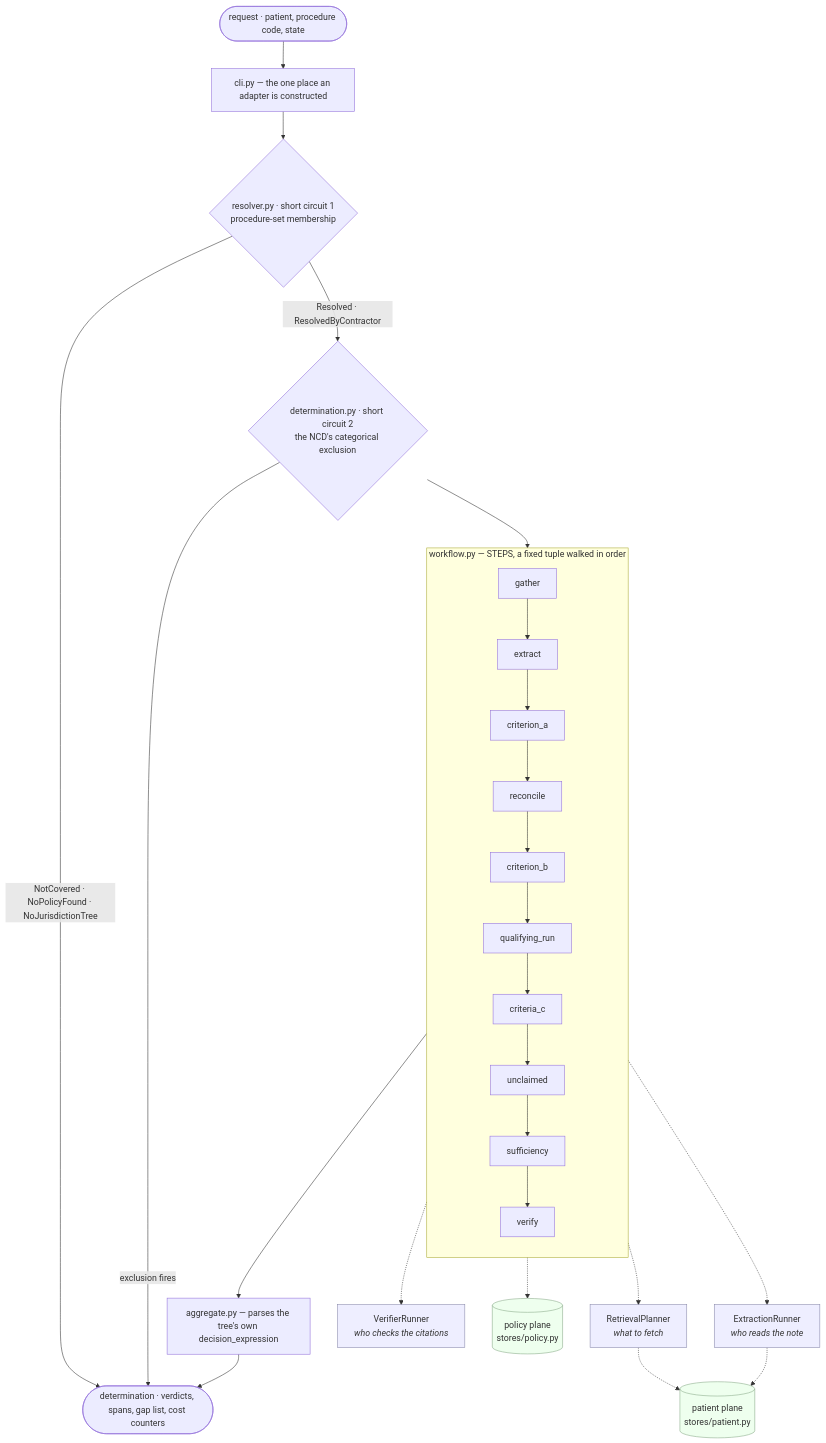
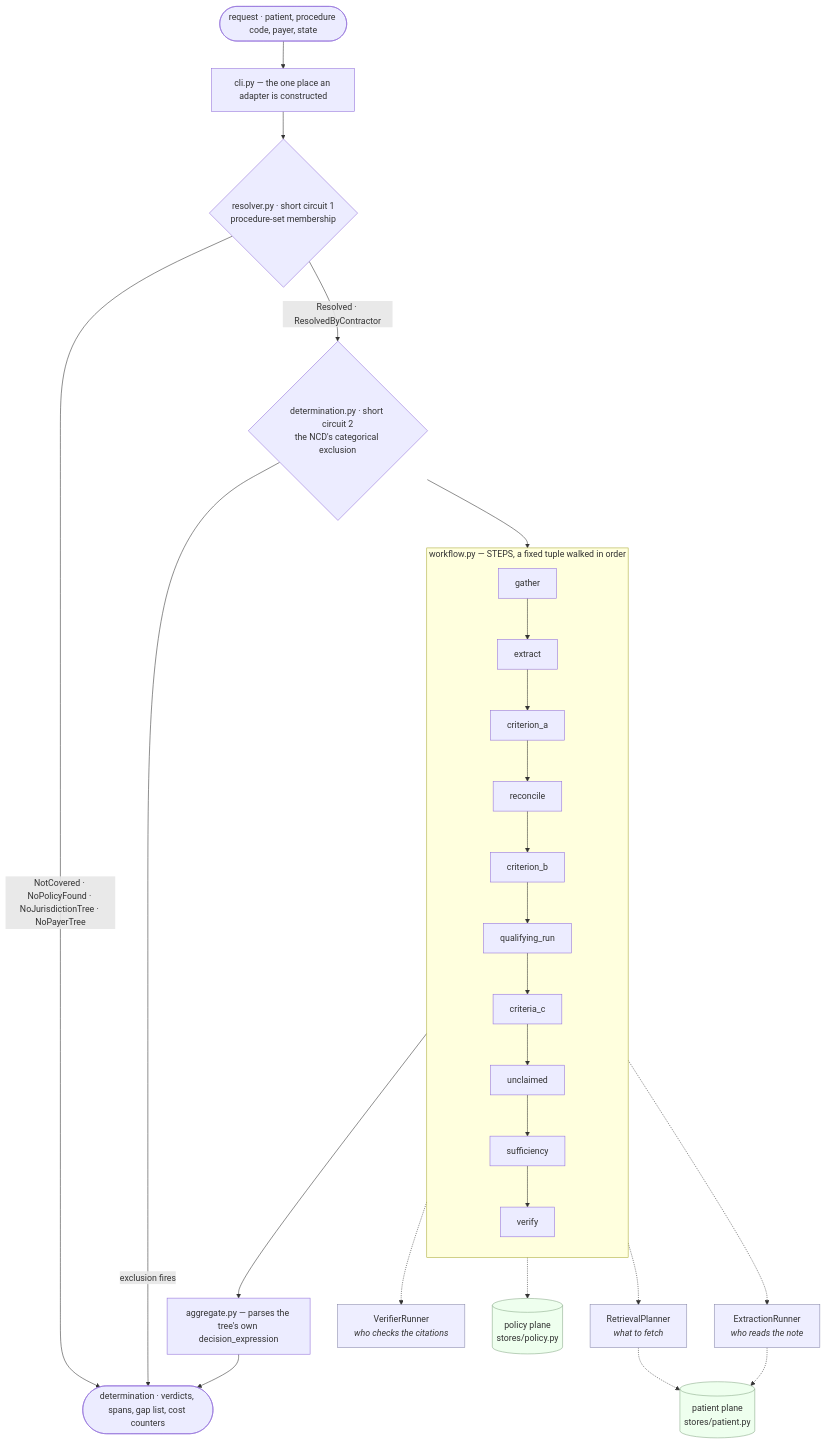
The diagram in README.md (troyteodoro/Prior-Authorization-Agent), drawn with Mermaid before and after one commit. The commit also changed other lines of this file and 53 other files, not shown here.

First line of the commit message:
Make the payer part of the request and resolve by payer, code and state (T-118, D162)

````diff
--- a/README.md
+++ b/README.md
@@ -631,36 +636,36 @@
 ```mermaid
 flowchart TD
-    REQ(["request · patient, procedure code, state"]) --> CLI
+    REQ(["request · patient, procedure code, payer, state"]) --> CLI
     CLI["cli.py — the one place an adapter is constructed"] --> SC1
 
     SC1{"resolver.py · short circuit 1<br/>procedure-set membership"}
-    SC1 -->|NotCovered · NoPolicyFound · NoJurisdictionTree| OUT
+    SC1 -->|NotCovered · NoPolicyFound · NoJurisdictionTree · NoPayerTree| OUT
     SC1 -->|Resolved · ResolvedByContractor| SC2
 
     SC2{"determination.py · short circuit 2<br/>the NCD's categorical exclusion"}
     SC2 -->|exclusion fires| OUT
     SC2 --> STEPS
 
     subgraph STEPS["workflow.py — STEPS, a fixed tuple walked in order"]
         direction TB
         gather --> extract --> criterion_a --> reconcile --> criterion_b
         criterion_b --> qualifying_run --> criteria_c --> unclaimed
         unclaimed --> sufficiency --> verify
     end
 
     STEPS --> AGG["aggregate.py — parses the tree's own decision_expression"]
     AGG --> OUT(["determination · verdicts, spans, gap list, cost counters"])
 
     gather -.-> PLAN["RetrievalPlanner<br/><i>what to fetch</i>"]
     extract -.-> EXTR["ExtractionRunner<br/><i>who reads the note</i>"]
     verify -.-> VERI["VerifierRunner<br/><i>who checks the citations</i>"]
 
     PLAN -.-> PAT[("patient plane<br/>stores/patient.py")]
     EXTR -.-> PAT
     gather -.-> POL[("policy plane<br/>stores/policy.py")]
 
     classDef port fill:#eef,stroke:#88a,stroke-width:1px;
     classDef plane fill:#efe,stroke:#8a8,stroke-width:1px;
     class PLAN,EXTR,VERI port;
     class PAT,POL plane;
 ```
````
